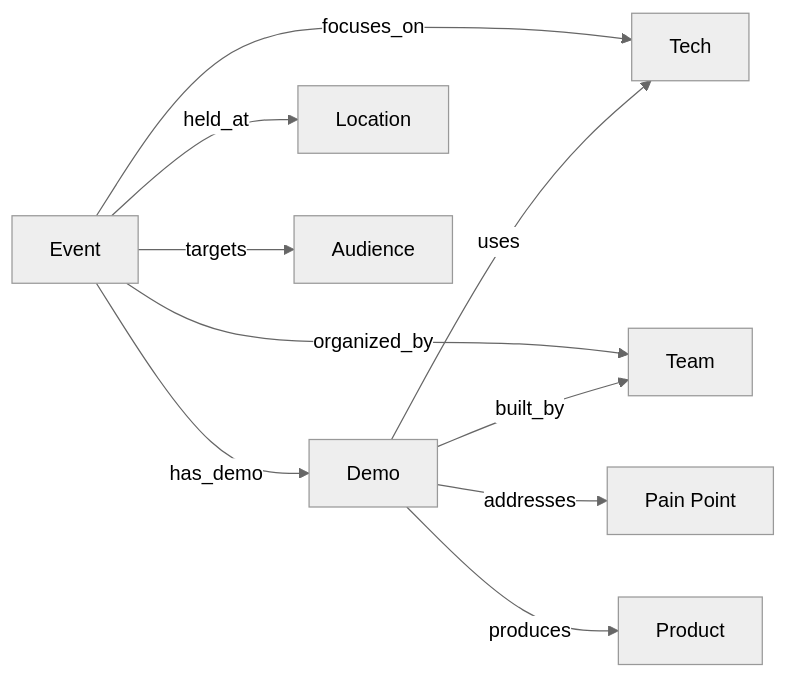
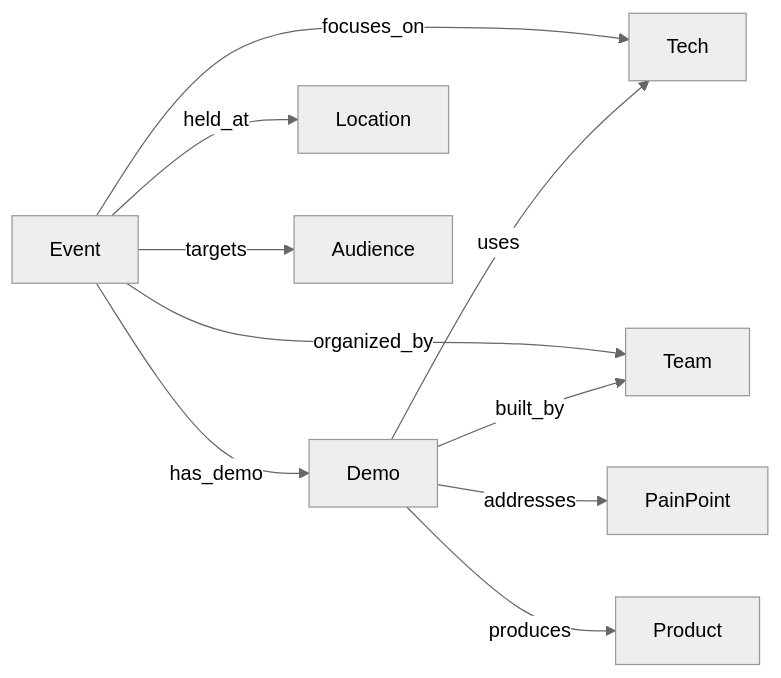
The diagram in docs/knowgrph-hackamap.md (huijoohwee/huijoohwee), drawn with Mermaid (neutral theme) before and after one commit. The commit also changed other lines of this file, not shown here.

````diff
--- a/docs/knowgrph-hackamap.md
+++ b/docs/knowgrph-hackamap.md
@@ -179,12 +202,12 @@
 ```mermaid
 flowchart LR
     E[Event] -->|has_demo| D[Demo]
     E -->|organized_by| T[Team]
     E -->|focuses_on| C[Tech]
     E -->|held_at| L[Location]
     E -->|targets| A[Audience]
     D -->|uses| C
     D -->|built_by| T
-    D -->|addresses| P[Pain Point]
+    D -->|addresses| P[PainPoint]
     D -->|produces| R[Product]
 ```
````
